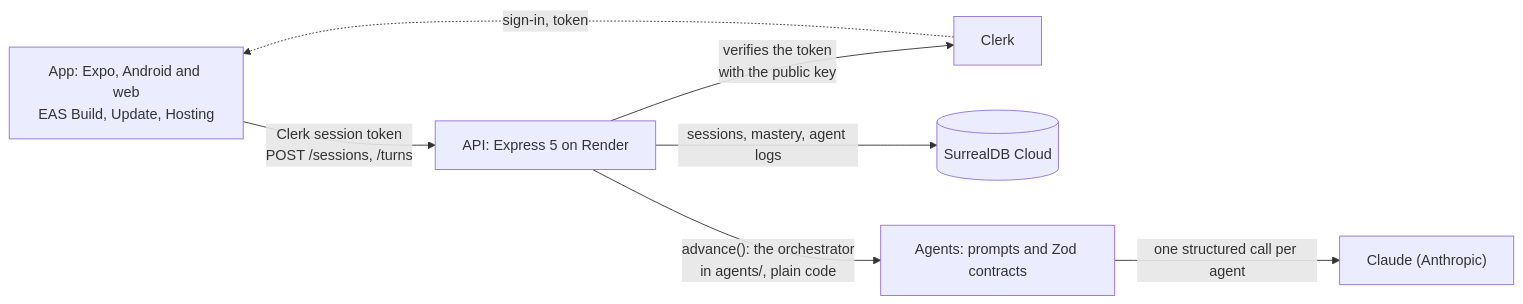
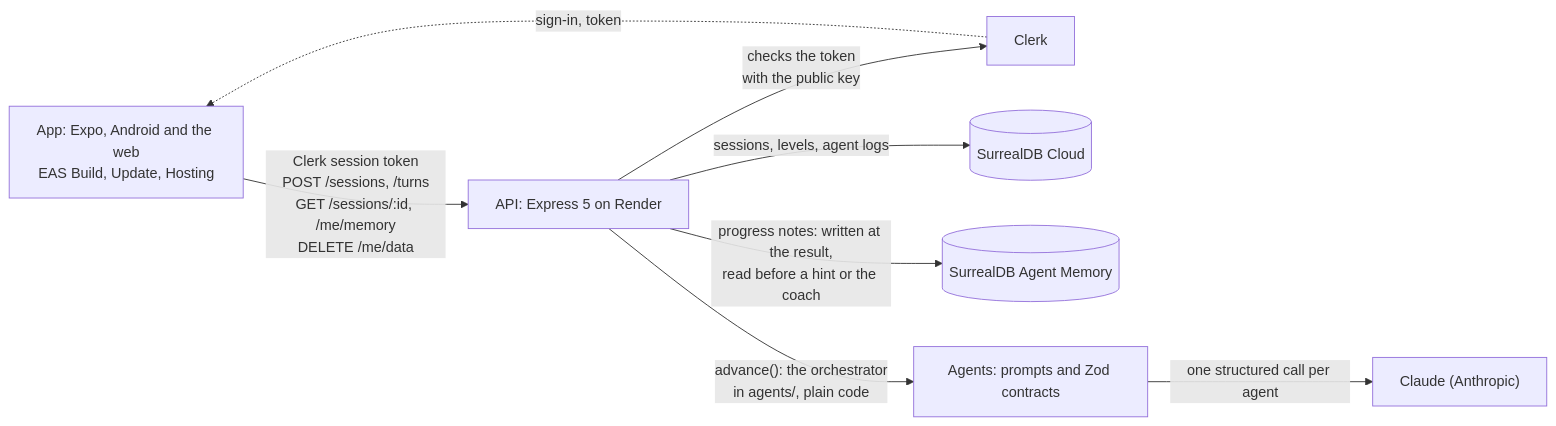
One commit to CynthiaSalazarB/build-north changed the diagram in README.md. Above: the diagram before and after it, drawn with Mermaid. The commit also changed other lines of this file and 5 other files, not shown here.

````diff
--- a/README.md
+++ b/README.md
@@ -134,9 +161,10 @@
 ```mermaid
 flowchart LR
-  App["App: Expo, Android and web<br/>EAS Build, Update, Hosting"] -->|"Clerk session token<br/>POST /sessions, /turns"| API["API: Express 5 on Render"]
+  App["App: Expo, Android and the web<br/>EAS Build, Update, Hosting"] -->|"Clerk session token<br/>POST /sessions, /turns<br/>GET /sessions/:id, /me/memory<br/>DELETE /me/data"| API["API: Express 5 on Render"]
   Clerk["Clerk"] -. "sign-in, token" .-> App
-  API -->|"verifies the token<br/>with the public key"| Clerk
-  API -->|"sessions, mastery, agent logs"| DB[("SurrealDB Cloud")]
+  API -->|"checks the token<br/>with the public key"| Clerk
+  API -->|"sessions, levels, agent logs"| DB[("SurrealDB Cloud")]
+  API -->|"progress notes: written at the result,<br/>read before a hint or the coach"| Memory[("SurrealDB Agent Memory")]
   API -->|"advance(): the orchestrator<br/>in agents/, plain code"| Agents["Agents: prompts and Zod contracts"]
   Agents -->|"one structured call per agent"| Claude["Claude (Anthropic)"]
 ```
````
